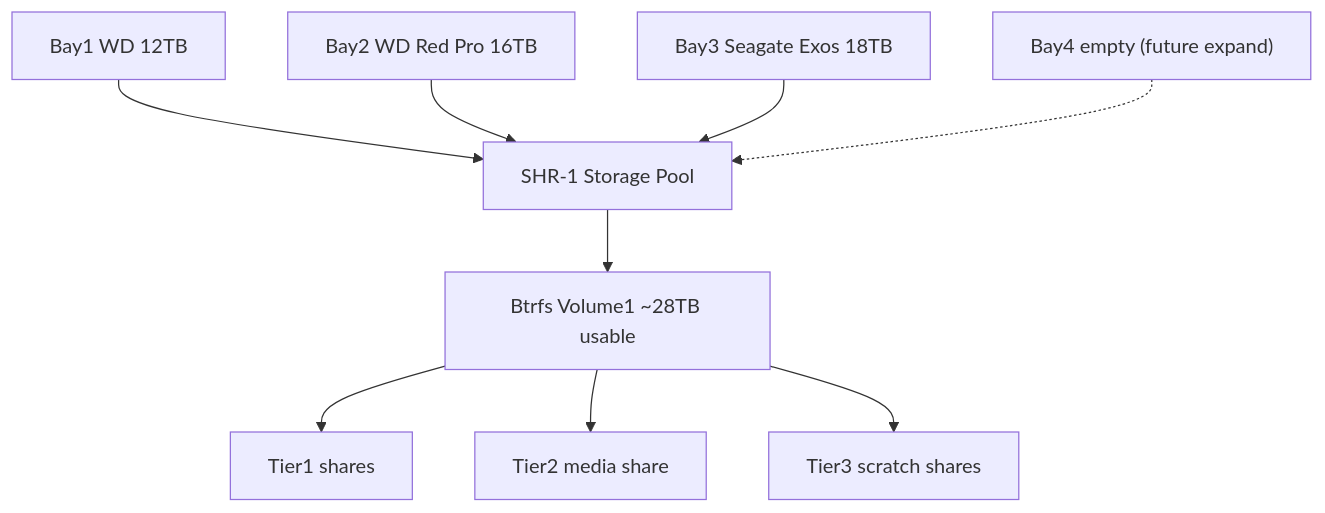
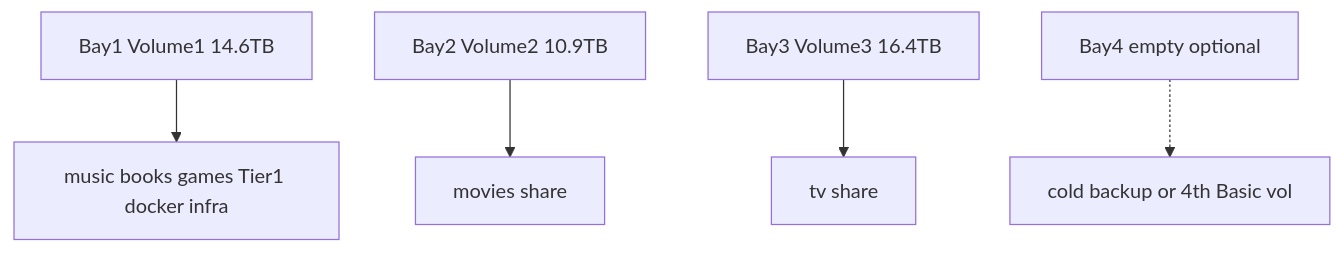
One commit to btabaska/home-config changed the first of 2 diagrams in nas-storage-schema.md. Above: the diagram before and after it, drawn with Mermaid. The commit also changed other lines of this file and 30 other files, not shown here.

````diff
--- a/nas-storage-schema.md
+++ b/nas-storage-schema.md
@@ -41,11 +44,7 @@
 ```mermaid
 flowchart TD
-  d1["Bay1 WD 12TB"] --> pool["SHR-1 Storage Pool"]
-  d2["Bay2 WD Red Pro 16TB"] --> pool
-  d3["Bay3 Seagate Exos 18TB"] --> pool
-  bay4["Bay4 empty (future expand)"] -.-> pool
-  pool --> vol["Btrfs Volume1 ~28TB usable"]
-  vol --> t1["Tier1 shares"]
-  vol --> t2["Tier2 media share"]
-  vol --> t3["Tier3 scratch shares"]
+  d1["Bay1 Volume1 14.6TB"] --> vol1shares["music books games Tier1 docker infra"]
+  d2["Bay2 Volume2 10.9TB"] --> movies["movies share"]
+  d3["Bay3 Volume3 16.4TB"] --> tv["tv share"]
+  bay4["Bay4 empty optional"] -.-> cold["cold backup or 4th Basic vol"]
 ```
````
